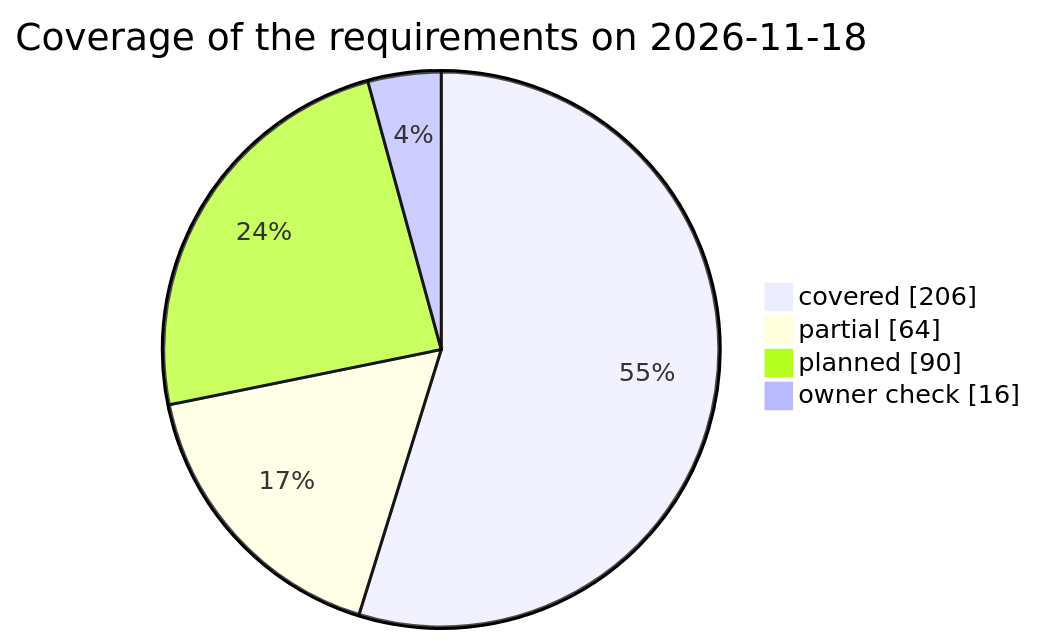
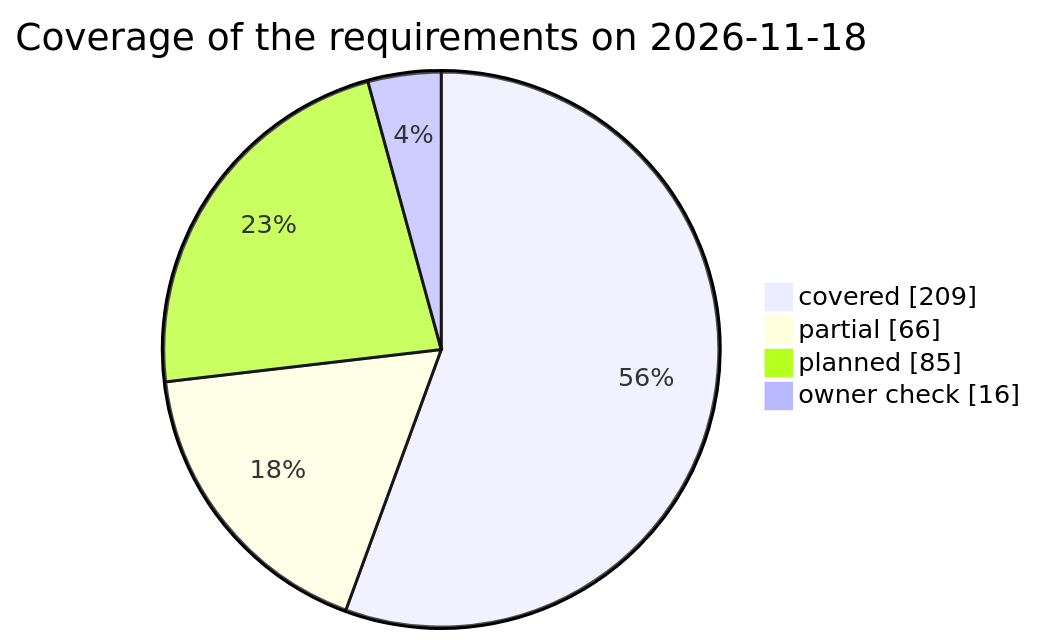
One commit to qa-io-vn/fnb-manager changed the third of 3 diagrams in docs/test-plan.md. Above: the diagram before and after it, drawn with Mermaid. The commit also changed other lines of this file and 15 other files, not shown here.

````diff
--- a/docs/test-plan.md
+++ b/docs/test-plan.md
@@ -963,8 +1000,8 @@
 ```mermaid
 pie showData
     title Coverage of the requirements on 2026-11-18
-    "covered" : 206
-    "partial" : 64
-    "planned" : 90
+    "covered" : 209
+    "partial" : 66
+    "planned" : 85
     "owner check" : 16
 ```
````
